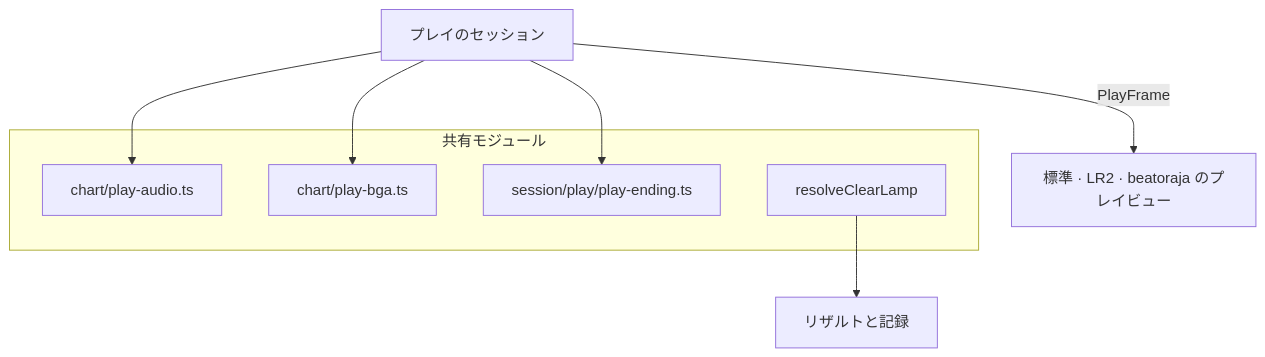
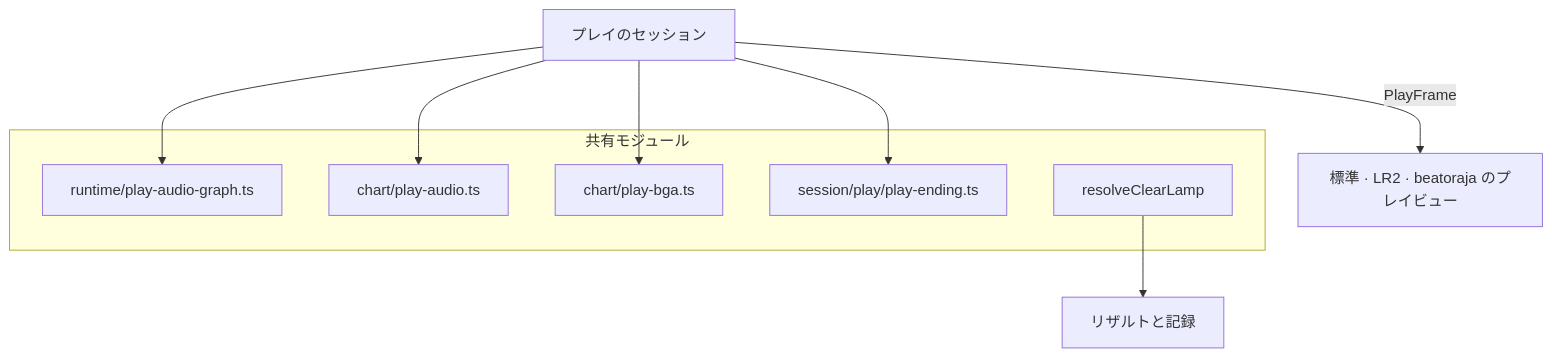
Before and after one commit to nulltask/be-music: the fifth of 13 diagrams in docs/player-web.ja.md, drawn with Mermaid. The commit also changed other lines of this file and 3 other files, not shown here.

````diff
--- a/docs/player-web.ja.md
+++ b/docs/player-web.ja.md
@@ -317,15 +317,17 @@
 ```mermaid
 flowchart TD
   views["標準 · LR2 · beatoraja のプレイビュー"]
   session[プレイのセッション] -->|PlayFrame| views
   subgraph shared [共有モジュール]
+    playgraph[runtime/play-audio-graph.ts]
     audio[chart/play-audio.ts]
     bga[chart/play-bga.ts]
     ending[session/play/play-ending.ts]
     lamp[resolveClearLamp]
   end
+  session --> playgraph
   session --> audio
   session --> bga
   session --> ending
   lamp --> results[リザルトと記録]
 ```
````
